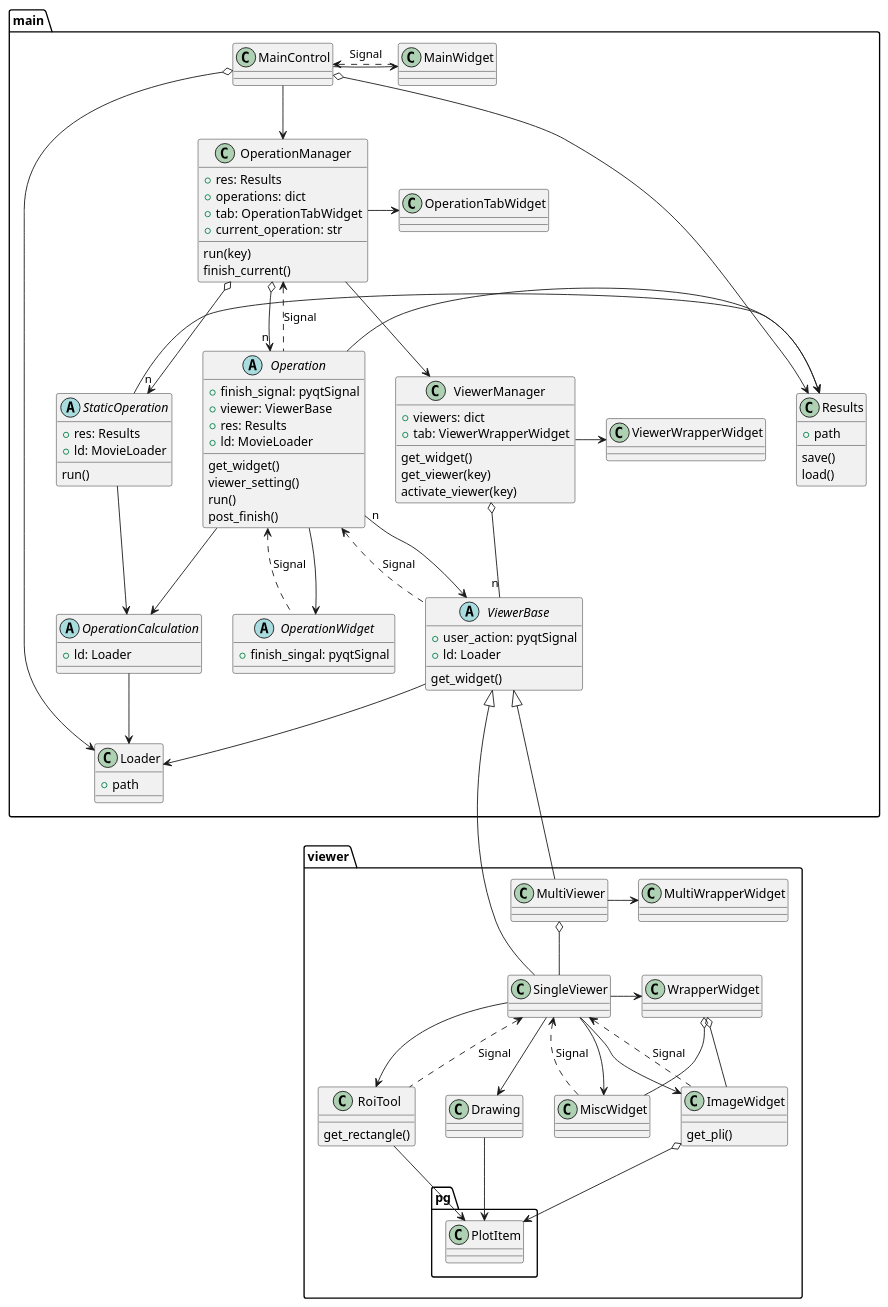
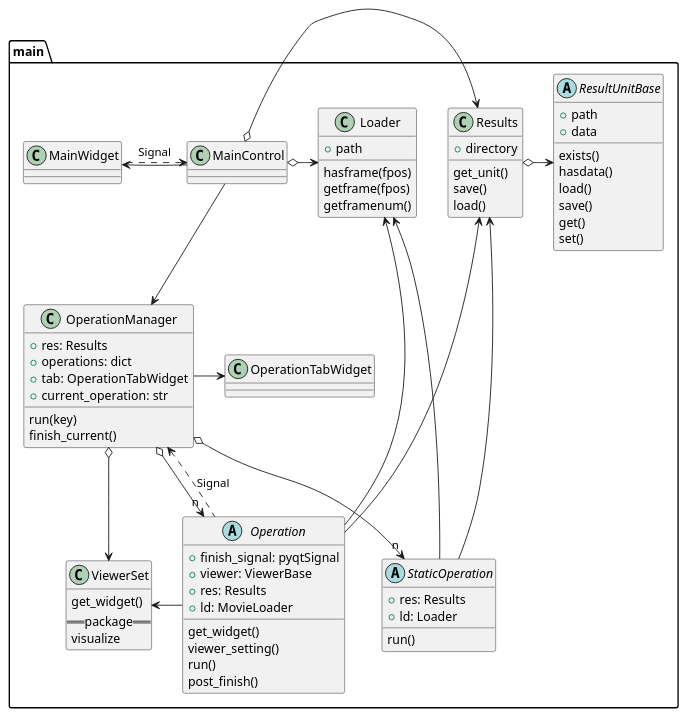
One commit to Shumpei-research/diabolo_analyzer changed the first of 2 diagrams in doc/classes.md. Above: the diagram before and after it, drawn with PlantUML. The commit also changed other lines of this file and 13 other files, not shown here.

````diff
--- a/doc/classes.md
+++ b/doc/classes.md
@@ -18,13 +18,24 @@
     }
     abstract StaticOperation{
         +res: Results
-        +ld: MovieLoader
+        +ld: Loader
         run()
     }
     class Results{
-        +path
+        +directory
+        get_unit()
         save()
         load()
+    }
+    abstract ResultUnitBase{
+        +path
+        +data
+        exists()
+        hasdata()
+        load()
+        save()
+        get()
+        set()
     }
     class OperationManager{
         +res: Results
@@ -37,96 +48,38 @@
     class OperationTabWidget{}
     class Loader{
         +path
+        hasframe(fpos)
+        getframe(fpos)
+        getframenum()
     }
-    class ViewerManager{
-        +viewers: dict
-        + tab: ViewerWrapperWidget
-        get_widget()
-        get_viewer(key)
-        activate_viewer(key)
-    }
-    class ViewerWrapperWidget{}
-    abstract ViewerBase {
-        +user_action: pyqtSignal
-        +ld: Loader
-        get_widget()
-    }
+    MainControl -down-> OperationManager
+    MainControl -left> MainWidget
+    MainControl <. MainWidget : Signal
+    MainControl o-right> Results
+    MainControl o-right> Loader
 
-    MainControl --> OperationManager
-    MainControl --> MainWidget
-    MainControl <. MainWidget : Signal
-    MainControl o-> Results
-    MainControl o-> Loader
-
-    OperationManager o-->"n" Operation
-    OperationManager <.. Operation : Signal
-    OperationManager o-->"n" StaticOperation
-    OperationManager --> ViewerManager
+    OperationManager o-down->"n" Operation
+    OperationManager <.down. Operation : Signal
+    OperationManager o-down->"n" StaticOperation
     OperationManager -> OperationTabWidget
 
-    ViewerManager o--"n" ViewerBase
-    ViewerManager -> ViewerWrapperWidget
-    Operation "n"--> ViewerBase
-    Operation <.. ViewerBase : Signal
+    OperationManager o-> ViewerSet
+    Operation -> ViewerSet
 
-    Operation -> Results
-    StaticOperation -> Results
-
-    ViewerBase --> Loader
-
-    abstract OperationWidget{
-        + finish_singal: pyqtSignal
-    }
-    abstract OperationCalculation {
-        +ld: Loader
-    }
-
-    OperationCalculation --> Loader
-    Operation --> OperationWidget
-    Operation <.. OperationWidget : Signal
-    Operation --> OperationCalculation
-    StaticOperation --> OperationCalculation
-}
-
-package viewer{
-    class SingleViewer{}
-    SingleViewer -up--|> ViewerBase
-
-    class ImageWidget {
-        get_pli()
-    }
-    class pg.PlotItem {}
-    class Drawing {}
-    class RoiTool{
-        get_rectangle()
-    }
-    SingleViewer --> ImageWidget
-    SingleViewer <.. ImageWidget : Signal
-
-    ImageWidget o--> pg.PlotItem
-    Drawing --> pg.PlotItem
-    SingleViewer --> Drawing
-
-    SingleViewer --> RoiTool
-    RoiTool --> pg.PlotItem
-    SingleViewer <.. RoiTool : Signal
-
-    class MiscWidget{}
-    class WrapperWidget{}
-
-    SingleViewer --> MiscWidget
-    SingleViewer <.. MiscWidget : Signal
-    SingleViewer -left-> WrapperWidget
-    WrapperWidget o- MiscWidget
-    WrapperWidget o- ImageWidget
-
-    class MultiViewer{}
-    class MultiWrapperWidget{}
-    MultiViewer -up--|> ViewerBase
-    MultiViewer o-- SingleViewer
-    MultiViewer -right-> MultiWrapperWidget
-}
+    Operation -up--> Results
+    StaticOperation -up--> Results
 
 
+    Operation -up--> Loader
+    StaticOperation -up--> Loader
+
+    Results o-> ResultUnitBase
+
+    class ViewerSet{
+        get_widget()
+        ==package==
+        visualize
+    }
+}
 @enduml
 ```
````
